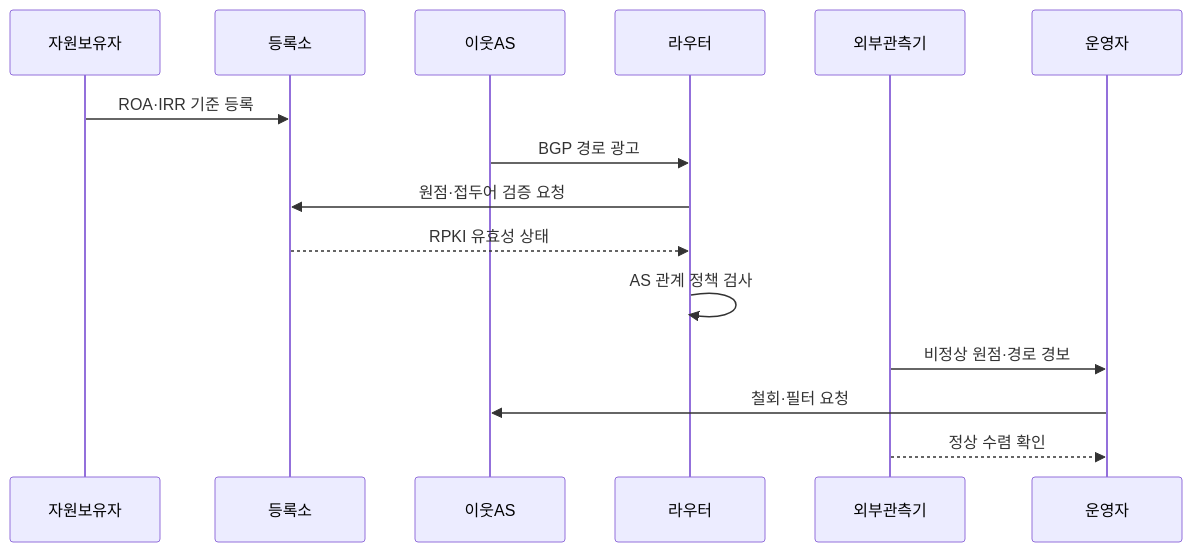
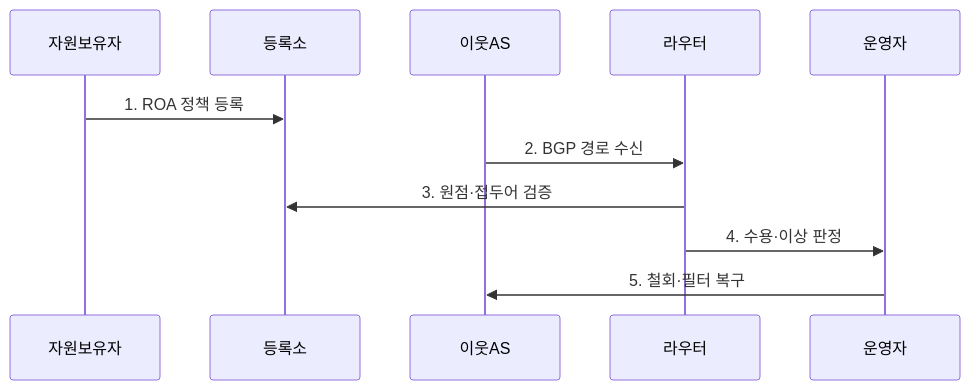
One commit to agnusdei1207/knowledge-base changed the second of 2 diagrams in src/content/docs/notes/04-network/110_bgp_hijacking_prevention.md. Above: the diagram before and after it, drawn with Mermaid. The commit also changed other lines of this file and 9 other files, not shown here.

````diff
--- a/src/content/docs/notes/04-network/110_bgp_hijacking_prevention.md
+++ b/src/content/docs/notes/04-network/110_bgp_hijacking_prevention.md
@@ -82,17 +82,13 @@
 ```mermaid
 sequenceDiagram
     participant 자원보유자
     participant 등록소
     participant 이웃AS
     participant 라우터
-    participant 외부관측기
     participant 운영자
-    자원보유자->>등록소: ROA·IRR 기준 등록
-    이웃AS->>라우터: BGP 경로 광고
-    라우터->>등록소: 원점·접두어 검증 요청
-    등록소-->>라우터: RPKI 유효성 상태
-    라우터->>라우터: AS 관계 정책 검사
-    외부관측기->>운영자: 비정상 원점·경로 경보
-    운영자->>이웃AS: 철회·필터 요청
-    외부관측기-->>운영자: 정상 수렴 확인
+    자원보유자->>등록소: 1. ROA 정책 등록
+    이웃AS->>라우터: 2. BGP 경로 수신
+    라우터->>등록소: 3. 원점·접두어 검증
+    라우터->>운영자: 4. 수용·이상 판정
+    운영자->>이웃AS: 5. 철회·필터 복구
 ```
````
